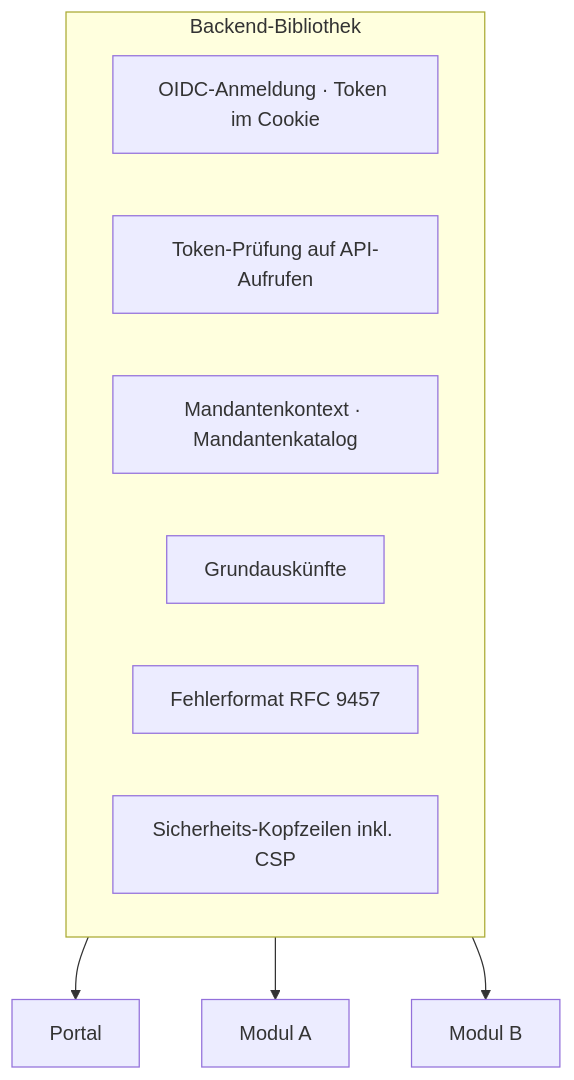
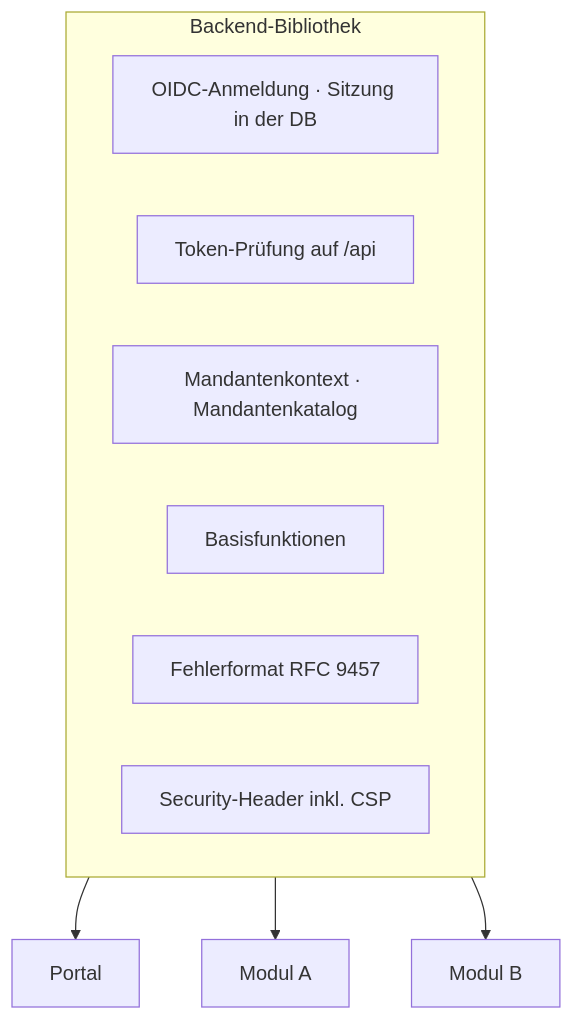
One commit to tiri/reference-architecture changed the sixth of 15 diagrams in arch-docs/README.md. Above: the diagram before and after it, drawn with Mermaid. The commit also changed other lines of this file and 1 other file, not shown here.

````diff
--- a/arch-docs/README.md
+++ b/arch-docs/README.md
@@ -294,14 +290,14 @@
 ```mermaid
 flowchart TB
     subgraph S[Backend-Bibliothek]
-        OIDC[OIDC-Anmeldung · Token im Cookie]
-        ZT[Token-Prüfung auf API-Aufrufen]
+        OIDC[OIDC-Anmeldung · Sitzung in der DB]
+        ZT[Token-Prüfung auf /api]
         TEN[Mandantenkontext · Mandantenkatalog]
-        EP[Grundauskünfte]
+        EP[Basisfunktionen]
         ERR[Fehlerformat RFC 9457]
-        HDR[Sicherheits-Kopfzeilen inkl. CSP]
+        HDR[Security-Header inkl. CSP]
     end
     S --> M1[Portal]
     S --> M2[Modul A]
     S --> M3[Modul B]
 ```
````
